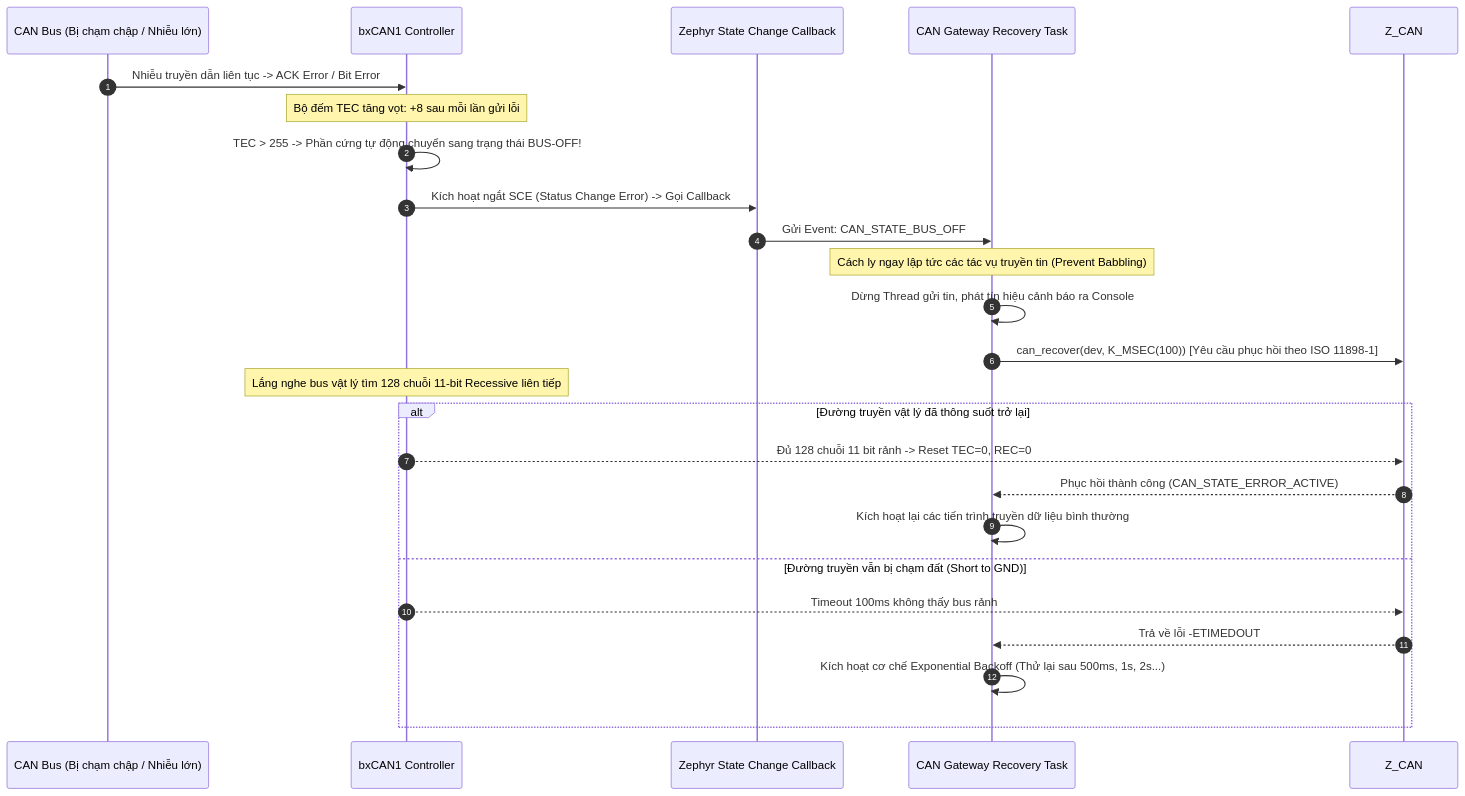
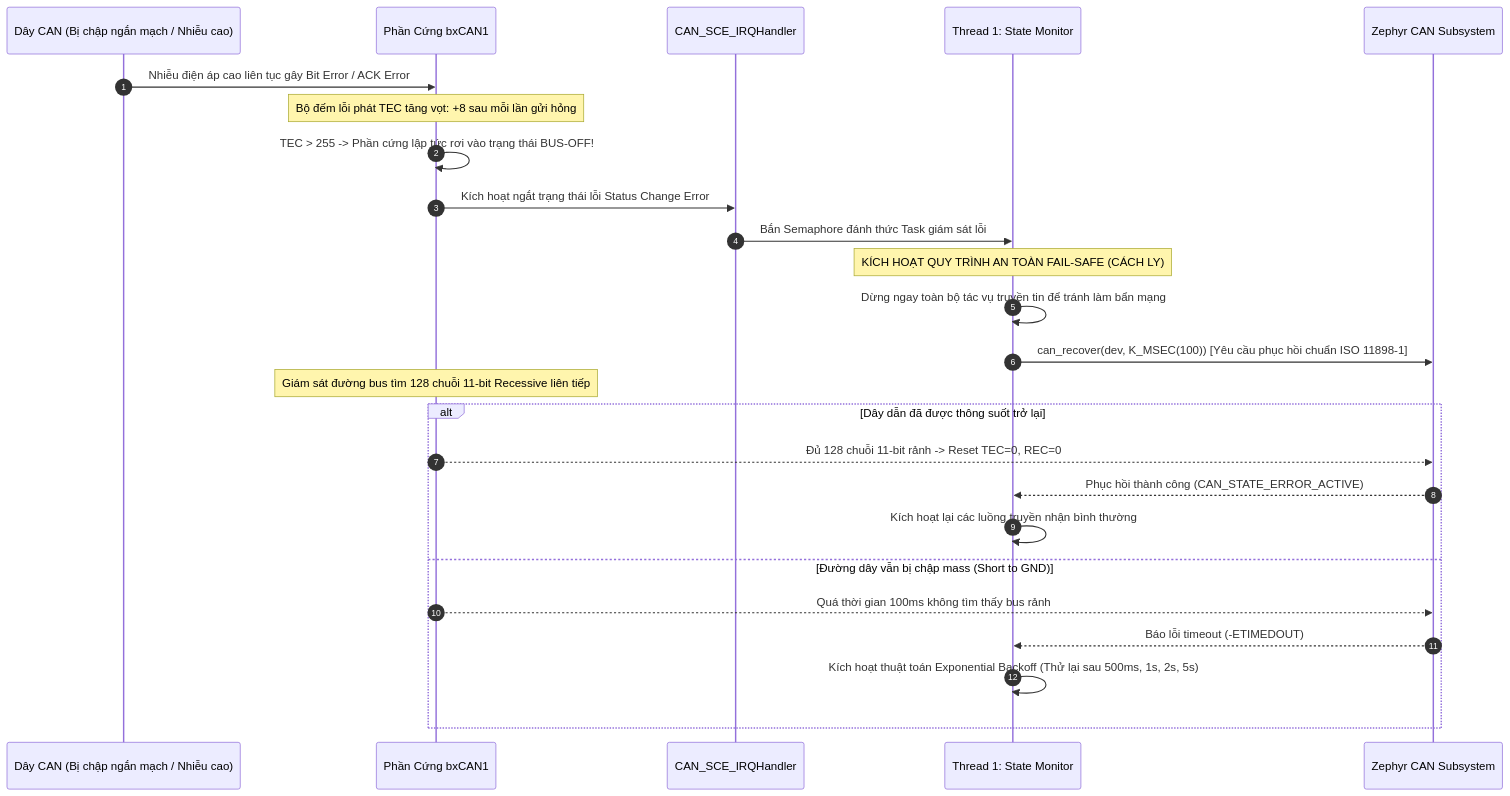
The third of 3 diagrams in project1_can_gateway_interview.md (HuynhTran112/source), drawn with Mermaid before and after one commit. The commit also changed other lines of this file and 1 other file, not shown here.

````diff
--- a/project1_can_gateway_interview.md
+++ b/project1_can_gateway_interview.md
@@ -277,30 +416,30 @@
 ```mermaid
 sequenceDiagram
     autonumber
-    participant Bus as CAN Bus (Bị chạm chập / Nhiễu lớn)
-    participant HW as bxCAN1 Controller
-    participant Z_CB as Zephyr State Change Callback
-    participant App as CAN Gateway Recovery Task
+    participant Bus as Dây CAN (Bị chập ngắn mạch / Nhiễu cao)
+    participant bxCAN as Phần Cứng bxCAN1
+    participant ISR_SCE as CAN_SCE_IRQHandler
+    participant Mon as Thread 1: State Monitor
+    participant Z_CAN as Zephyr CAN Subsystem
 
-    Bus->>HW: Nhiễu truyền dẫn liên tục -> ACK Error / Bit Error
-    Note over HW: Bộ đếm TEC tăng vọt: +8 sau mỗi lần gửi lỗi
-    HW->>HW: TEC > 255 -> Phần cứng tự động chuyển sang trạng thái BUS-OFF!
-    HW->>Z_CB: Kích hoạt ngắt SCE (Status Change Error) -> Gọi Callback
+    Bus->>bxCAN: Nhiễu điện áp cao liên tục gây Bit Error / ACK Error
+    Note over bxCAN: Bộ đếm lỗi phát TEC tăng vọt: +8 sau mỗi lần gửi hỏng
+    bxCAN->>bxCAN: TEC > 255 -> Phần cứng lập tức rơi vào trạng thái BUS-OFF!
+    bxCAN->>ISR_SCE: Kích hoạt ngắt trạng thái lỗi Status Change Error
     
-    Z_CB->>App: Gửi Event: CAN_STATE_BUS_OFF
-    Note over App: Cách ly ngay lập tức các tác vụ truyền tin (Prevent Babbling)
-    App->>App: Dừng Thread gửi tin, phát tín hiệu cảnh báo ra Console
+    ISR_SCE->>Mon: Bắn Semaphore đánh thức Task giám sát lỗi
+    Note over Mon: KÍCH HOẠT QUY TRÌNH AN TOÀN FAIL-SAFE (CÁCH LY)
+    Mon->>Mon: Dừng ngay toàn bộ tác vụ truyền tin để tránh làm bẩn mạng
+    Mon->>Z_CAN: can_recover(dev, K_MSEC(100)) [Yêu cầu phục hồi chuẩn ISO 11898-1]
     
-    App->>Z_CAN: can_recover(dev, K_MSEC(100)) [Yêu cầu phục hồi theo ISO 11898-1]
-    Note over HW: Lắng nghe bus vật lý tìm 128 chuỗi 11-bit Recessive liên tiếp
-    
-    alt Đường truyền vật lý đã thông suốt trở lại
-        HW-->>Z_CAN: Đủ 128 chuỗi 11 bit rảnh -> Reset TEC=0, REC=0
-        Z_CAN-->>App: Phục hồi thành công (CAN_STATE_ERROR_ACTIVE)
-        App->>App: Kích hoạt lại các tiến trình truyền dữ liệu bình thường
-    else Đường truyền vẫn bị chạm đất (Short to GND)
-        HW-->>Z_CAN: Timeout 100ms không thấy bus rảnh
-        Z_CAN-->>App: Trả về lỗi -ETIMEDOUT
-        App->>App: Kích hoạt cơ chế Exponential Backoff (Thử lại sau 500ms, 1s, 2s...)
+    Note over bxCAN: Giám sát đường bus tìm 128 chuỗi 11-bit Recessive liên tiếp
+    alt Dây dẫn đã được thông suốt trở lại
+        bxCAN-->>Z_CAN: Đủ 128 chuỗi 11-bit rảnh -> Reset TEC=0, REC=0
+        Z_CAN-->>Mon: Phục hồi thành công (CAN_STATE_ERROR_ACTIVE)
+        Mon->>Mon: Kích hoạt lại các luồng truyền nhận bình thường
+    else Đường dây vẫn bị chập mass (Short to GND)
+        bxCAN-->>Z_CAN: Quá thời gian 100ms không tìm thấy bus rảnh
+        Z_CAN-->>Mon: Báo lỗi timeout (-ETIMEDOUT)
+        Mon->>Mon: Kích hoạt thuật toán Exponential Backoff (Thử lại sau 500ms, 1s, 2s, 5s)
     end
 ```
````
